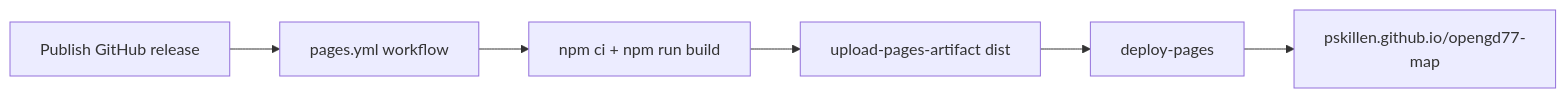
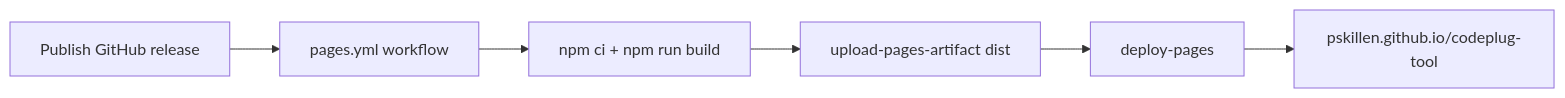
The diagram in docs/build/README.md (pskillen/opengd77-map), drawn with Mermaid before and after one commit. The commit also changed other lines of this file and 7 other files, not shown here.

First line of the commit message:
docs: rename opengd77-map references to codeplug-tool

````diff
--- a/docs/build/README.md
+++ b/docs/build/README.md
@@ -49,8 +49,8 @@
 ```mermaid
 flowchart LR
   TAG[Publish GitHub release] --> WF[pages.yml workflow]
   WF --> BUILD[npm ci + npm run build]
   BUILD --> ART[upload-pages-artifact dist]
   ART --> DEP[deploy-pages]
-  DEP --> URL[pskillen.github.io/opengd77-map]
+  DEP --> URL[pskillen.github.io/codeplug-tool]
 ```
````
